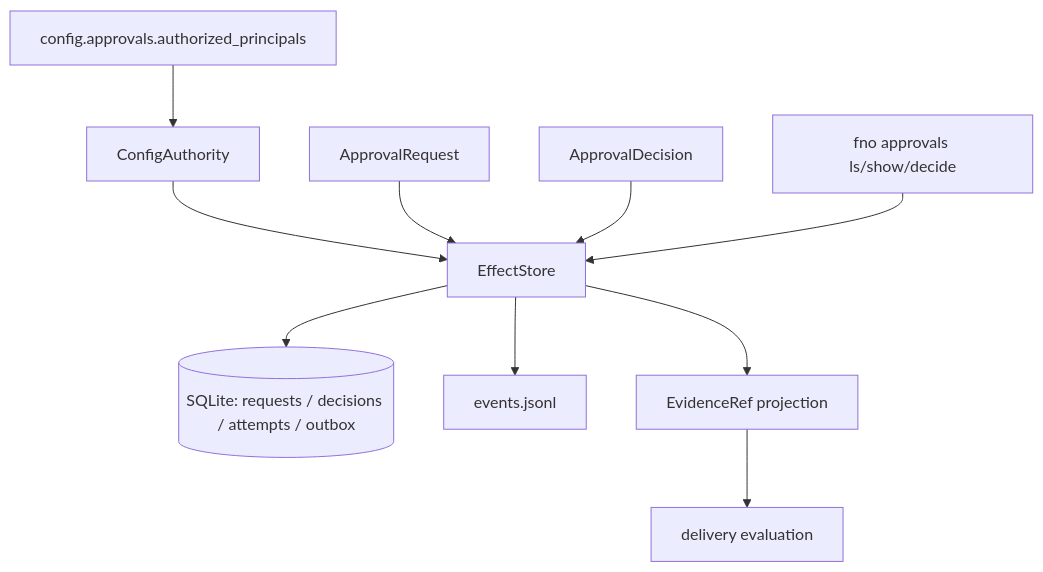
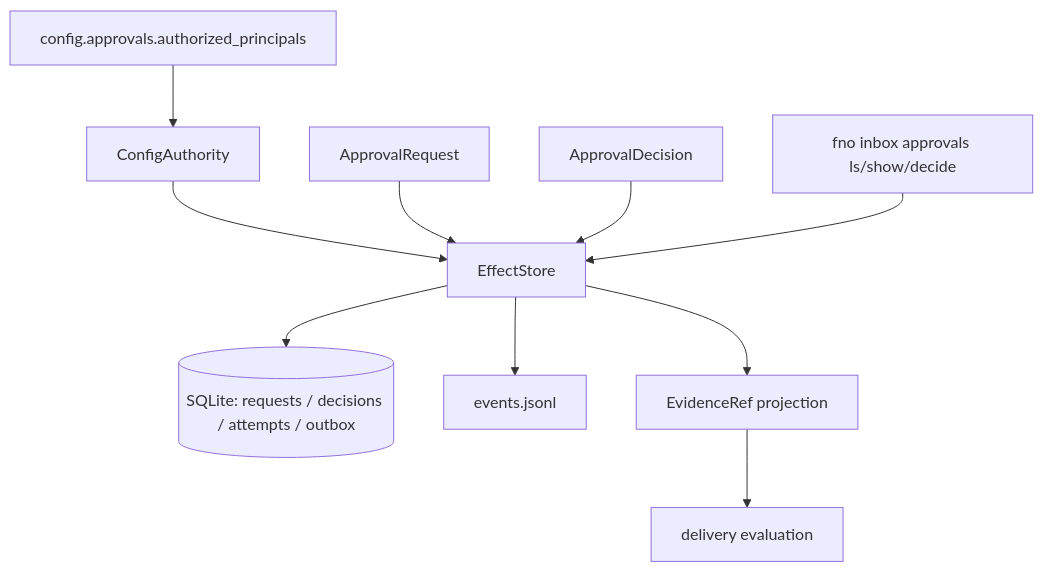
The diagram in docs/architecture/approvals-and-effects.md (bllshttng/footnote), drawn with Mermaid before and after one commit. The commit also changed other lines of this file and 33 other files, not shown here.

First line of the commit message:
feat(cli): mint the inbox root, fold approvals/notify/outstanding, alias king board

````diff
--- a/docs/architecture/approvals-and-effects.md
+++ b/docs/architecture/approvals-and-effects.md
@@ -28,12 +28,12 @@
 ```mermaid
 graph TD
     P[config.approvals.authorized_principals] --> A[ConfigAuthority]
     A --> S[EffectStore]
     R[ApprovalRequest] --> S
     D[ApprovalDecision] --> S
     S --> J[(SQLite: requests / decisions / attempts / outbox)]
     S --> E[events.jsonl]
     S --> V[EvidenceRef projection]
     V --> X[delivery evaluation]
-    C[fno approvals ls/show/decide] --> S
+    C[fno inbox approvals ls/show/decide] --> S
 ```
````
